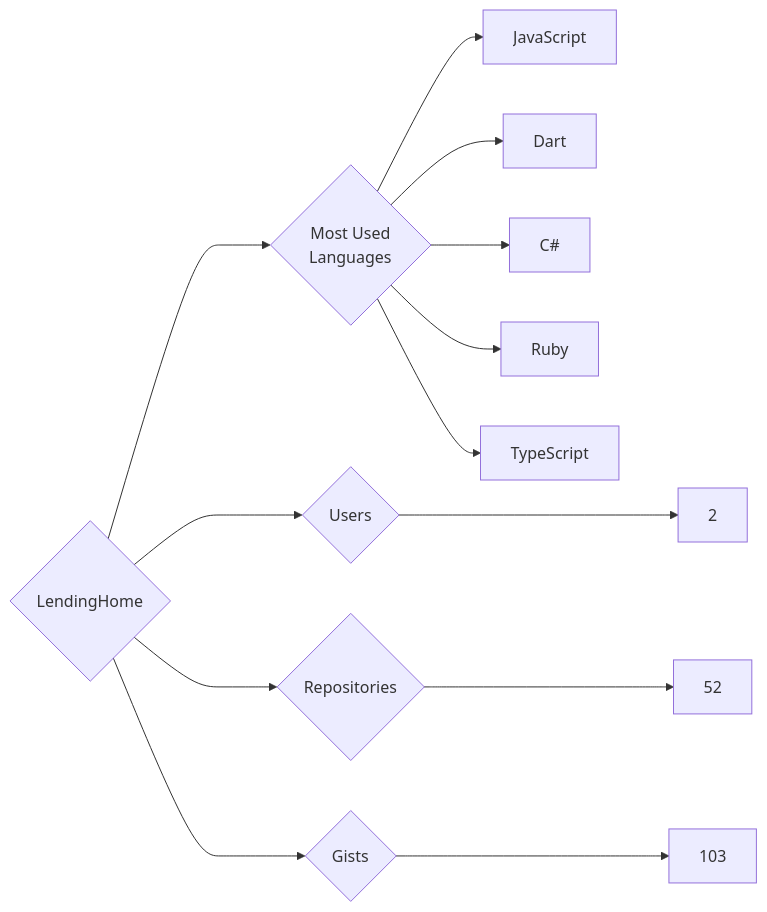
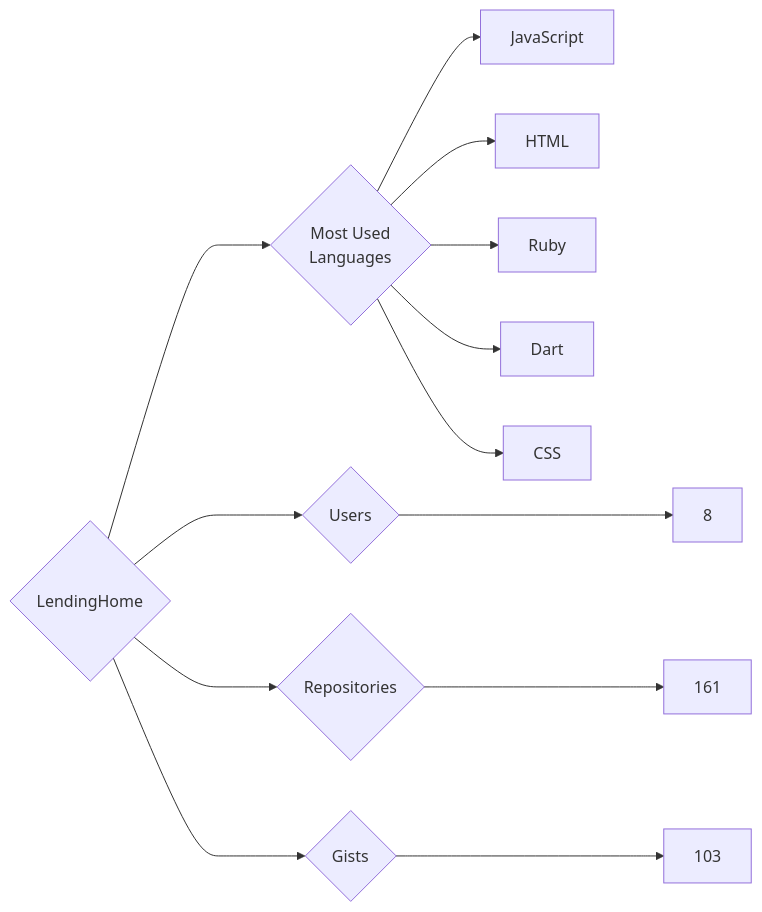
One commit to trickest/insiders changed the diagram in targets/LendingHome/README.md. Above: the diagram before and after it, drawn with Mermaid. The commit also changed 636 other files, not shown here.

````diff
--- a/targets/LendingHome/README.md
+++ b/targets/LendingHome/README.md
@@ -3,13 +3,13 @@
 ```mermaid
 graph LR
 COMPANY_NAME{LendingHome}
-COMPANY_NAME ---> U{Users} ---> UN[2]
-COMPANY_NAME ---> R{Repositories} ---> RN[52]
+COMPANY_NAME ---> U{Users} ---> UN[8]
+COMPANY_NAME ---> R{Repositories} ---> RN[161]
 COMPANY_NAME ---> G{Gists} ---> GN[103]
 COMPANY_NAME ---> ML{Most Used<br>Languages}
 ML --> JavaScript[JavaScript]
+ML --> HTML[HTML]
+ML --> Ruby[Ruby]
 ML --> Dart[Dart]
-ML --> C#[C#]
-ML --> Ruby[Ruby]
-ML --> TypeScript[TypeScript]
+ML --> CSS[CSS]
 ```
````
